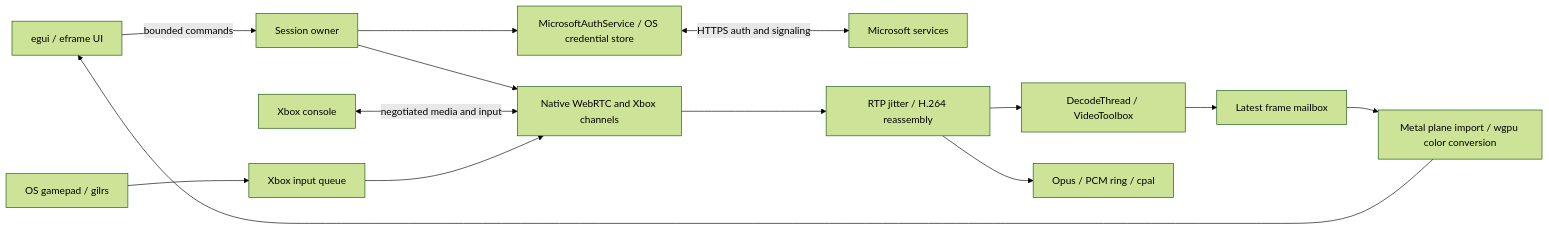
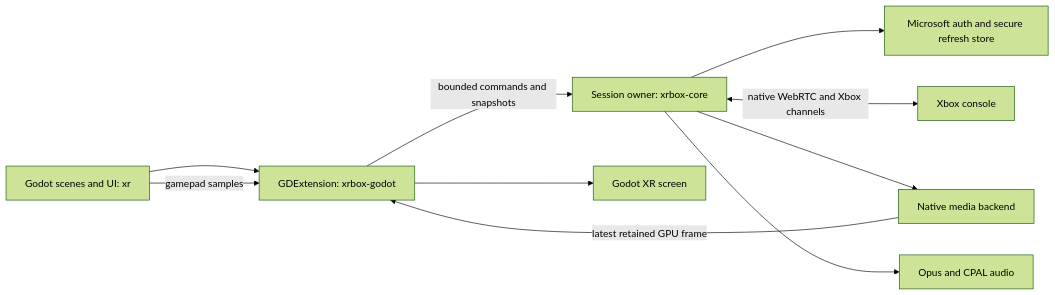
One commit to jlips24/XRbox changed the diagram in ARCHITECTURE.md. Above: the diagram before and after it, drawn with Mermaid (forest theme). The commit also changed other lines of this file and 9 other files, not shown here.

````diff
--- a/ARCHITECTURE.md
+++ b/ARCHITECTURE.md
@@ -42,16 +7,12 @@
 ```mermaid
 flowchart LR
-    UI[egui / eframe UI] -->|bounded commands| SESSION[Session owner]
-    SESSION --> AUTH[MicrosoftAuthService / OS credential store]
-    AUTH <-->|HTTPS auth and signaling| MS[Microsoft services]
-    SESSION --> RTC[Native WebRTC and Xbox channels]
-    XBOX[Xbox console] <-->|negotiated media and input| RTC
-    RTC --> PIPE[RTP jitter / H.264 reassembly]
-    PIPE --> VT[DecodeThread / VideoToolbox]
-    VT --> MAIL[Latest frame mailbox]
-    MAIL --> GPU[Metal plane import / wgpu color conversion]
-    GPU --> UI
-    PIPE --> OPUS[Opus / PCM ring / cpal]
-    PAD[OS gamepad / gilrs] --> INPUT[Xbox input queue]
-    INPUT --> RTC
+    UI[Godot scenes and UI: xr] --> BRIDGE[GDExtension: xrbox-godot]
+    BRIDGE -->|bounded commands and snapshots| CORE[Session owner: xrbox-core]
+    CORE --> AUTH[Microsoft auth and secure refresh store]
+    CORE <-->|native WebRTC and Xbox channels| XBOX[Xbox console]
+    CORE --> DECODE[Native media backend]
+    DECODE -->|latest retained GPU frame| BRIDGE
+    BRIDGE --> SCREEN[Godot XR screen]
+    CORE --> AUDIO[Opus and CPAL audio]
+    UI -->|gamepad samples| BRIDGE
 ```
````
